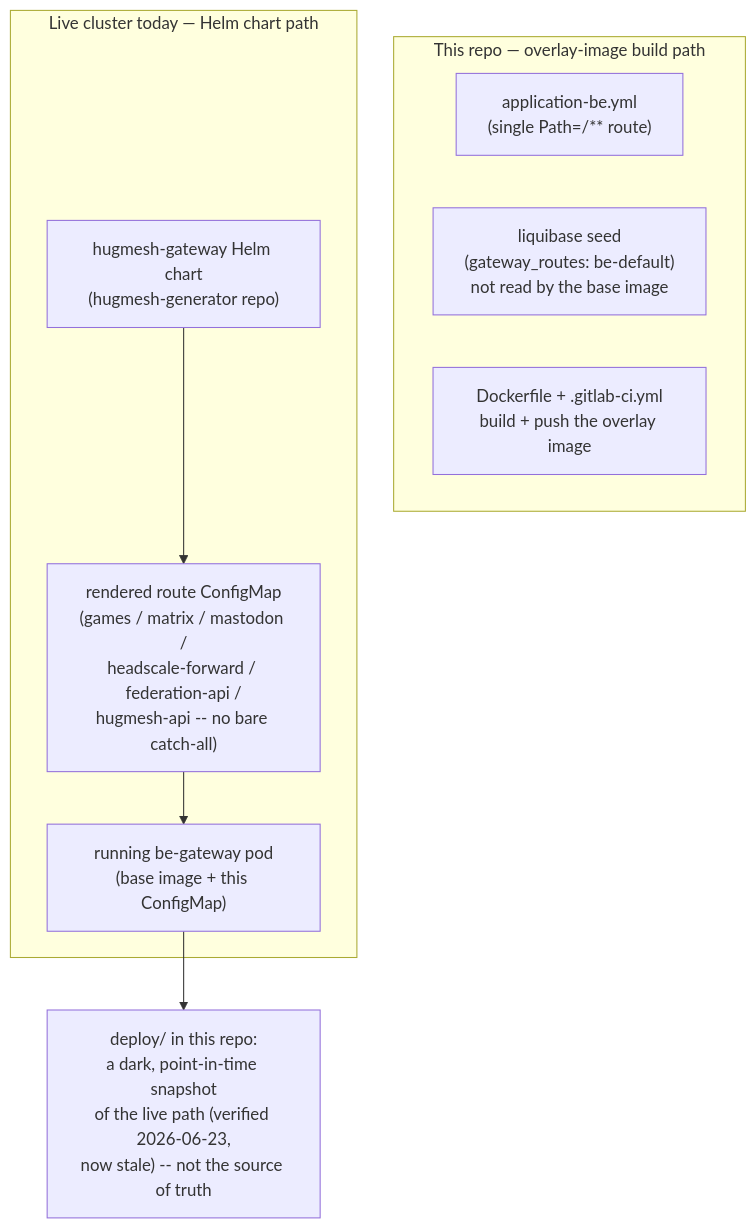
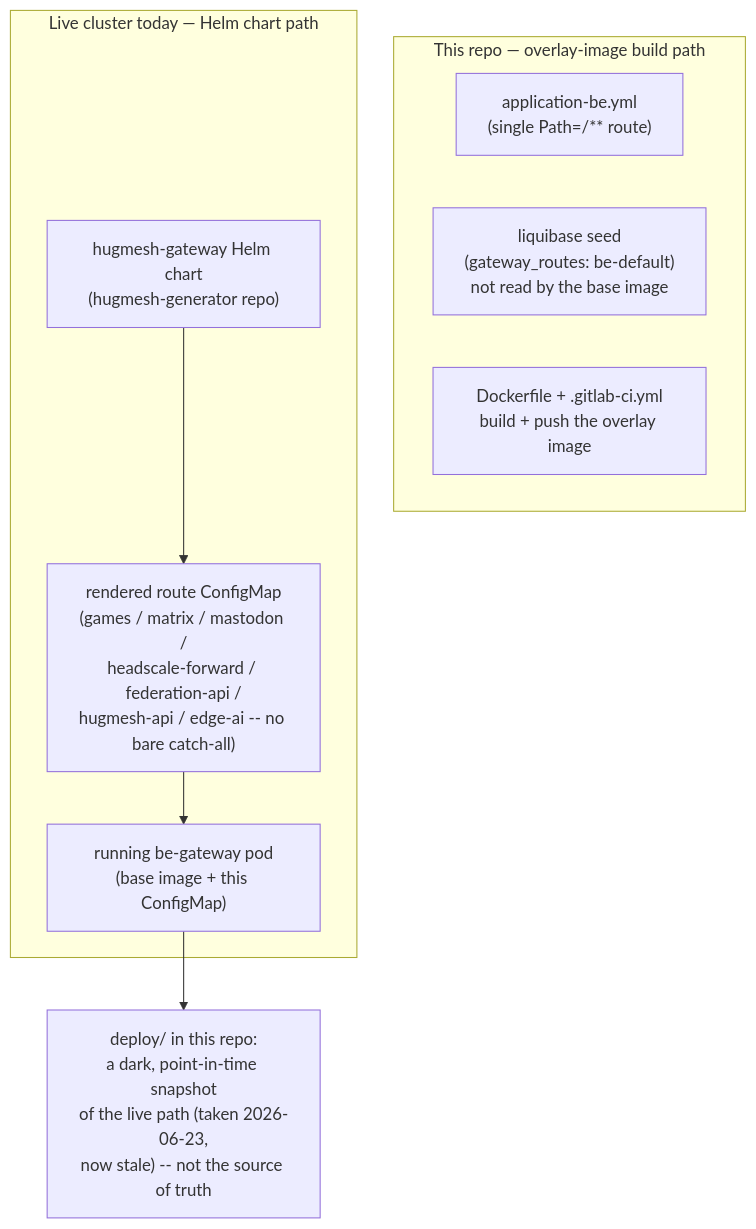
The second of 3 diagrams in README.md (hugmesh/hugmesh-be-gateway), drawn with Mermaid before and after one commit. The commit also changed other lines of this file, not shown here.

````diff
--- a/README.md
+++ b/README.md
@@ -131,19 +125,19 @@
 ```mermaid
 flowchart TB
     subgraph repo["This repo — overlay-image build path"]
         appyml["application-be.yml\n(single Path=/** route)"]
         liq["liquibase seed\n(gateway_routes: be-default)\nnot read by the base image"]
         ci["Dockerfile + .gitlab-ci.yml\nbuild + push the overlay image"]
     end
 
     subgraph live["Live cluster today — Helm chart path"]
         chart["hugmesh-gateway Helm chart\n(hugmesh-generator repo)"]
-        cm["rendered route ConfigMap\n(games / matrix / mastodon /\nheadscale-forward / federation-api /\nhugmesh-api -- no bare catch-all)"]
+        cm["rendered route ConfigMap\n(games / matrix / mastodon /\nheadscale-forward / federation-api /\nhugmesh-api / edge-ai -- no bare catch-all)"]
         pod["running be-gateway pod\n(base image + this ConfigMap)"]
         chart --> cm --> pod
     end
 
-    snapshot["deploy/ in this repo:\na dark, point-in-time snapshot\nof the live path (verified 2026-06-23,\nnow stale) -- not the source of truth"]
+    snapshot["deploy/ in this repo:\na dark, point-in-time snapshot\nof the live path (taken 2026-06-23,\nnow stale) -- not the source of truth"]
 
     pod --> snapshot
 ```
````
